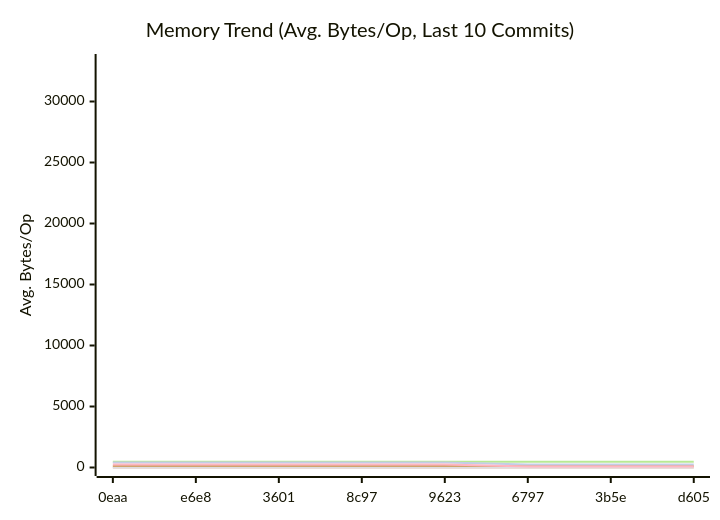
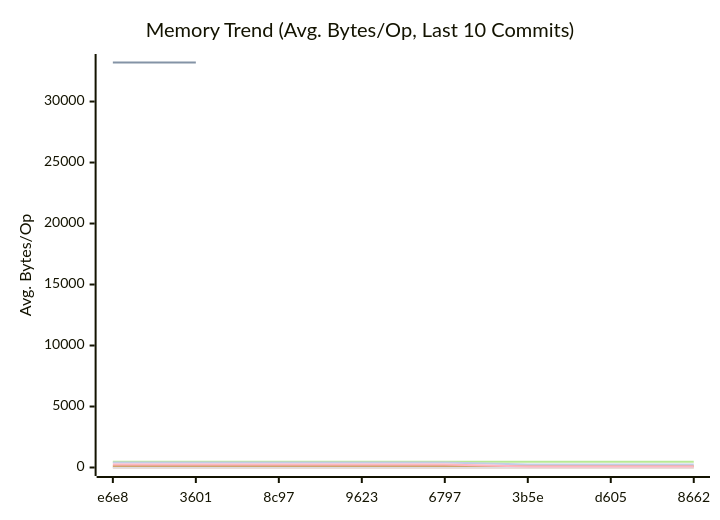
One commit to alsotoes/momo changed the second of 3 diagrams in docs/README.md. Above: the diagram before and after it, drawn with Mermaid. The commit also changed other lines of this file and 1 other file, not shown here.

````diff
--- a/docs/README.md
+++ b/docs/README.md
@@ -323,15 +323,15 @@
 ```mermaid
 xychart-beta
     title "Memory Trend (Avg. Bytes/Op, Last 10 Commits)"
     x-axis "Commit"
     y-axis "Avg. Bytes/Op"
-    x-axis [0eaa,e6e8,3601,8c97,9623,6797,3b5e,d605]
+    x-axis [e6e8,3601,8c97,9623,6797,3b5e,d605,8662]
     line "CheckMetricsAndSwap" [0,0,0,0,0,0,0,0,0,0]
-    line "HashFile" [33197]
+    line "HashFile" [33197,33200]
     line "IndexDirectTracking" [0,0,0,0,0,0,0,0,0,0]
     line "IndexSearch" [0,0,0,0,0,0,0,0,0,0]
     line "LoadGlobalConfig" [480,480,480,480,480,480,480,480,480,480]
     line "PadString" [128,128,128,128,128,128,128,128,128,128]
     line "ParseReplicationOrder_NoPrealloc" [408,408,408,408,408,248,248,248,248,248]
     line "ParseReplicationOrder_Prealloc" [240,240,240,240,240,80,80,80,80,80]
 ```
````
